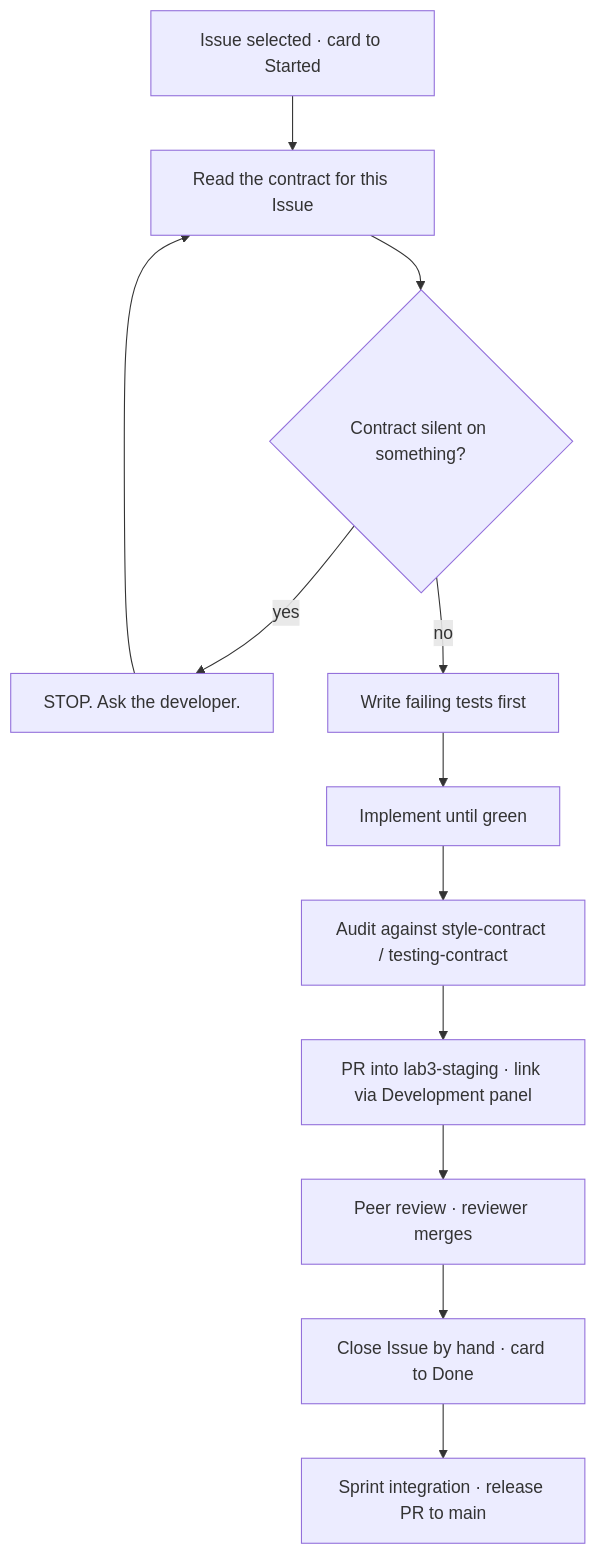
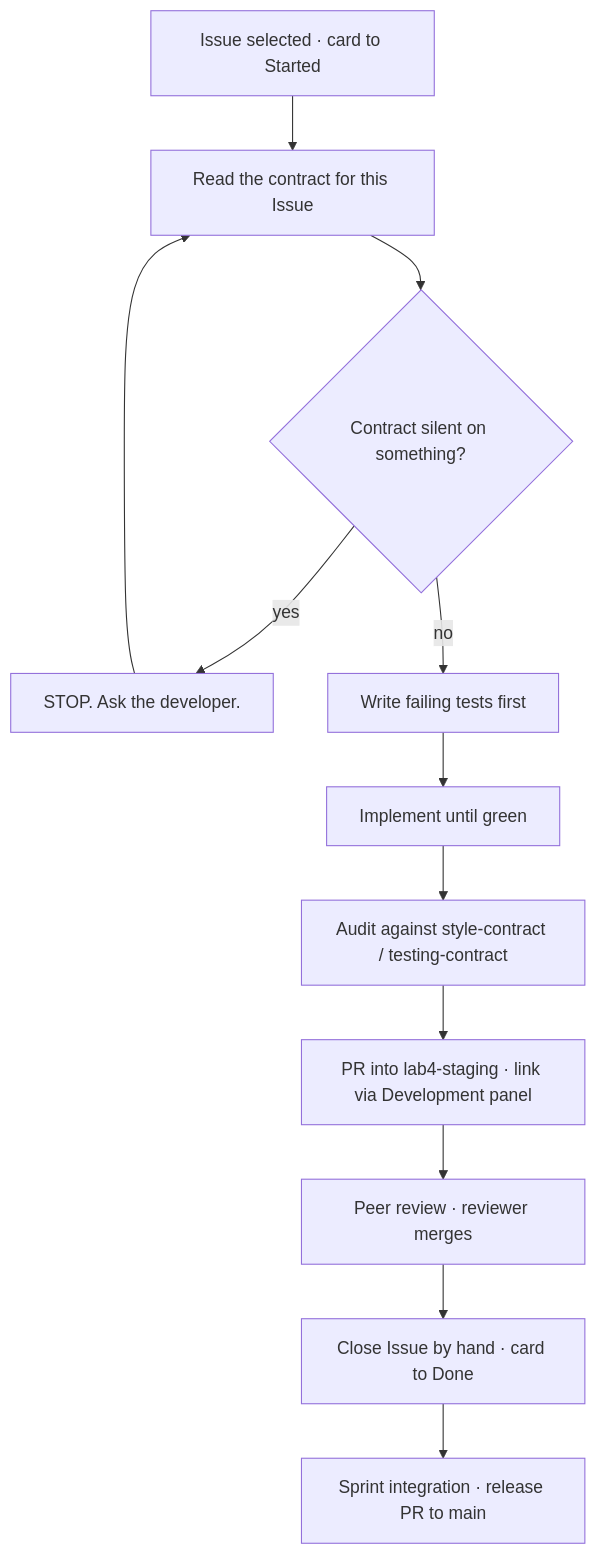
Before and after one commit to Palapluem/toktickit_cpe334: the diagram in AGENTS.md, drawn with Mermaid. The commit also changed other lines of this file, not shown here.

First line of the commit message:
docs: point AGENTS.md at the Lab 4 sprint

````diff
--- a/AGENTS.md
+++ b/AGENTS.md
@@ -54,13 +63,13 @@
 ```mermaid
 graph TD
     A[Issue selected · card to Started] --> B[Read the contract for this Issue]
     B --> C{Contract silent on something?}
     C -- yes --> D[STOP. Ask the developer.] --> B
     C -- no --> E[Write failing tests first]
     E --> F[Implement until green]
     F --> G[Audit against style-contract / testing-contract]
-    G --> H[PR into lab3-staging · link via Development panel]
+    G --> H[PR into lab4-staging · link via Development panel]
     H --> I[Peer review · reviewer merges]
     I --> J[Close Issue by hand · card to Done]
     J --> K[Sprint integration · release PR to main]
 ```
````
